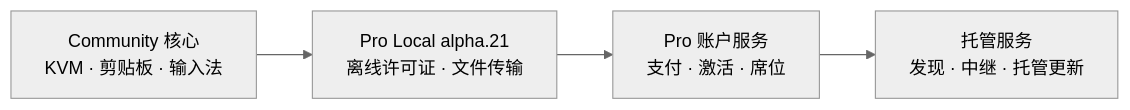
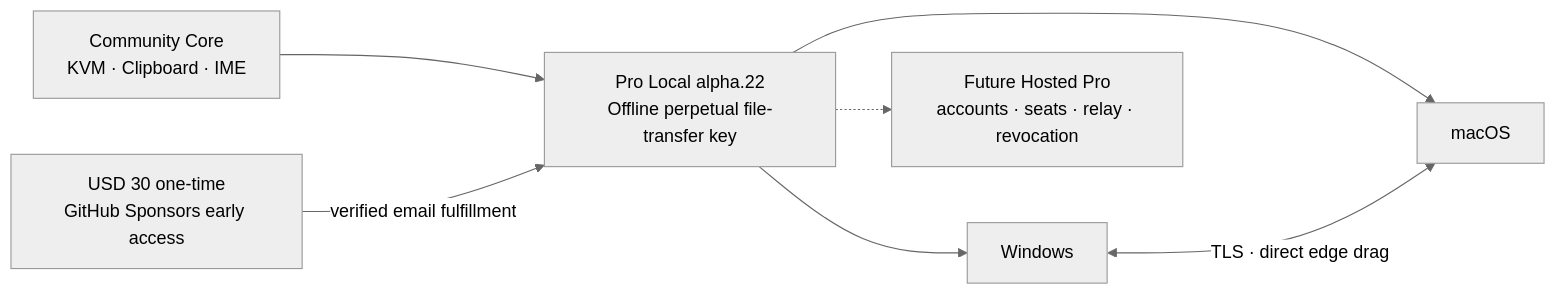
One commit to Cherry-Company/ieum changed the second of 3 diagrams in README.zh-CN.md. Above: the diagram before and after it, drawn with Mermaid (neutral theme). The commit also changed other lines of this file and 94 other files, not shown here.

First line of the commit message:
feat: ship cross-platform Pro Local file transfer (#70)

````diff
--- a/README.zh-CN.md
+++ b/README.zh-CN.md
@@ -410,6 +413,9 @@
 ```mermaid
 flowchart LR
-  A["Community 核心<br/>KVM · 剪贴板 · 输入法"] --> B["Pro Local alpha.21<br/>离线许可证 · 文件传输"]
-  B --> C["Pro 账户服务<br/>支付 · 激活 · 席位"]
-  C --> D["托管服务<br/>发现 · 中继 · 托管更新"]
+  C["Community Core<br/>KVM · Clipboard · IME"] --> L["Pro Local alpha.22<br/>Offline perpetual file-transfer key"]
+  S["USD 30 one-time<br/>GitHub Sponsors early access"] -->|"verified email fulfillment"| L
+  L --> W["Windows"]
+  L --> M["macOS"]
+  W <-->|"TLS · direct edge drag"| M
+  L -.-> H["Future Hosted Pro<br/>accounts · seats · relay · revocation"]
 ```
````
